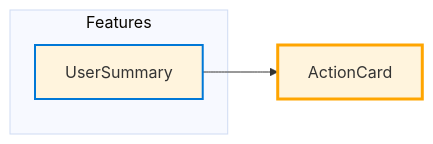
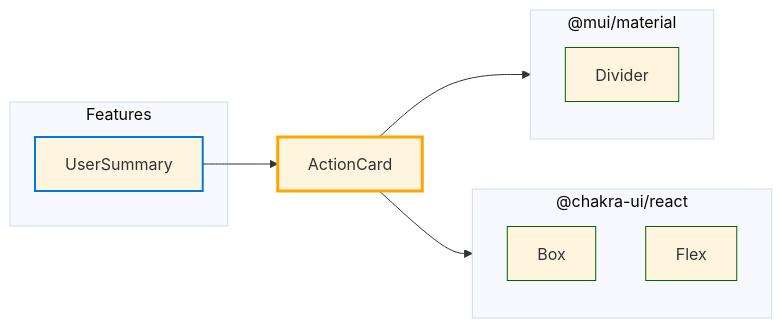
The diagram in test-project-import-analysis/hubs/ActionCard.md (star4beam/react-package-analyzer), drawn with Mermaid (base theme) before and after one commit. The commit also changed other lines of this file and 5 other files, not shown here.

````diff
--- a/test-project-import-analysis/hubs/ActionCard.md
+++ b/test-project-import-analysis/hubs/ActionCard.md
@@ -15,27 +15,41 @@
 ```mermaid
 flowchart LR
     %% Node styles
     classDef feature stroke:#0078d7,stroke-width:2px
     classDef currentHub stroke:#ffa500,stroke-width:3px
     classDef main stroke:#d04a02,stroke-width:2px
     classDef intermediate stroke:#7e6000,stroke-width:2px
     classDef base stroke:#006400,stroke-width:2px
     classDef component stroke:#006400,stroke-width:1px
 
     %% Link styles
     linkStyle default stroke:#333,stroke-width:1px
     %% Use different arrow styles for dependency types
     %% Direct: solid line, Indirect: dashed line, Both: thick solid line
 
     hub_ActionCard["ActionCard"]
     class hub_ActionCard currentHub
 
     %% Features that use this hub (directly or indirectly)
     subgraph Features["Features"]
         feature_UserSummary["UserSummary"]
         class feature_UserSummary feature
     end
 
     feature_UserSummary --> hub_ActionCard
+    %% Components directly used by this hub
+    subgraph pkg__mui_material["@mui/material"]
+        comp__mui_material_Divider["Divider"]
+        class comp__mui_material_Divider component
+    end
+    hub_ActionCard --> pkg__mui_material
+    subgraph pkg__chakra_ui_react["@chakra-ui/react"]
+        comp__chakra_ui_react_Box["Box"]
+        class comp__chakra_ui_react_Box component
+        comp__chakra_ui_react_Flex["Flex"]
+        class comp__chakra_ui_react_Flex component
+    end
+    hub_ActionCard --> pkg__chakra_ui_react
+
     %% Direct hub-to-hub connections
 ```
````
